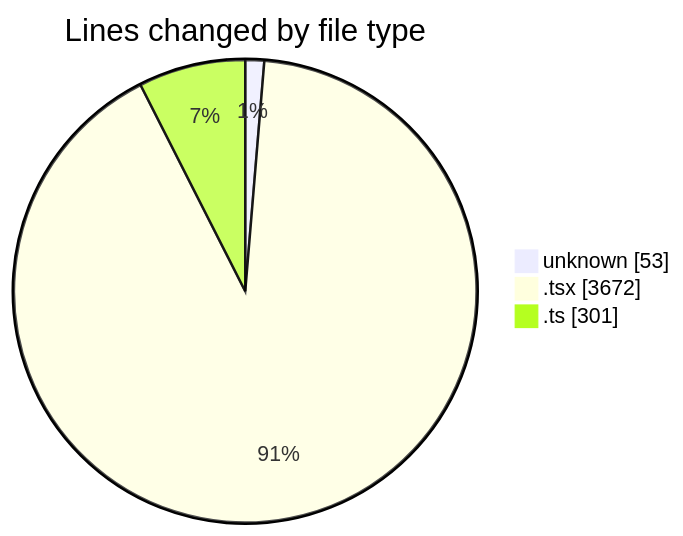
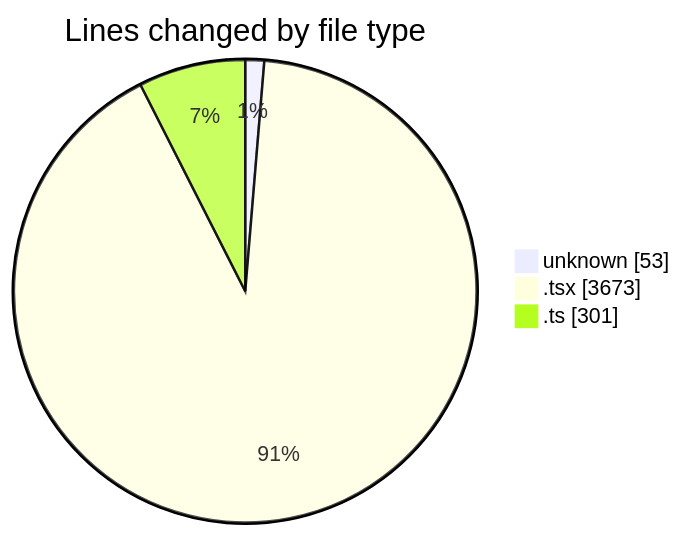
Before and after one commit to momahboobian/code-tracking: the first of 2 diagrams in 2026-01-28/cda/README.md, drawn with Mermaid. The commit also changed other lines of this file and 1 other file, not shown here.

````diff
--- a/2026-01-28/cda/README.md
+++ b/2026-01-28/cda/README.md
@@ -23,7 +23,7 @@
 ```mermaid
 pie showData
 title Lines changed by file type
 "unknown" : 53
-".tsx" : 3672
+".tsx" : 3673
 ".ts" : 301
 ```
````
